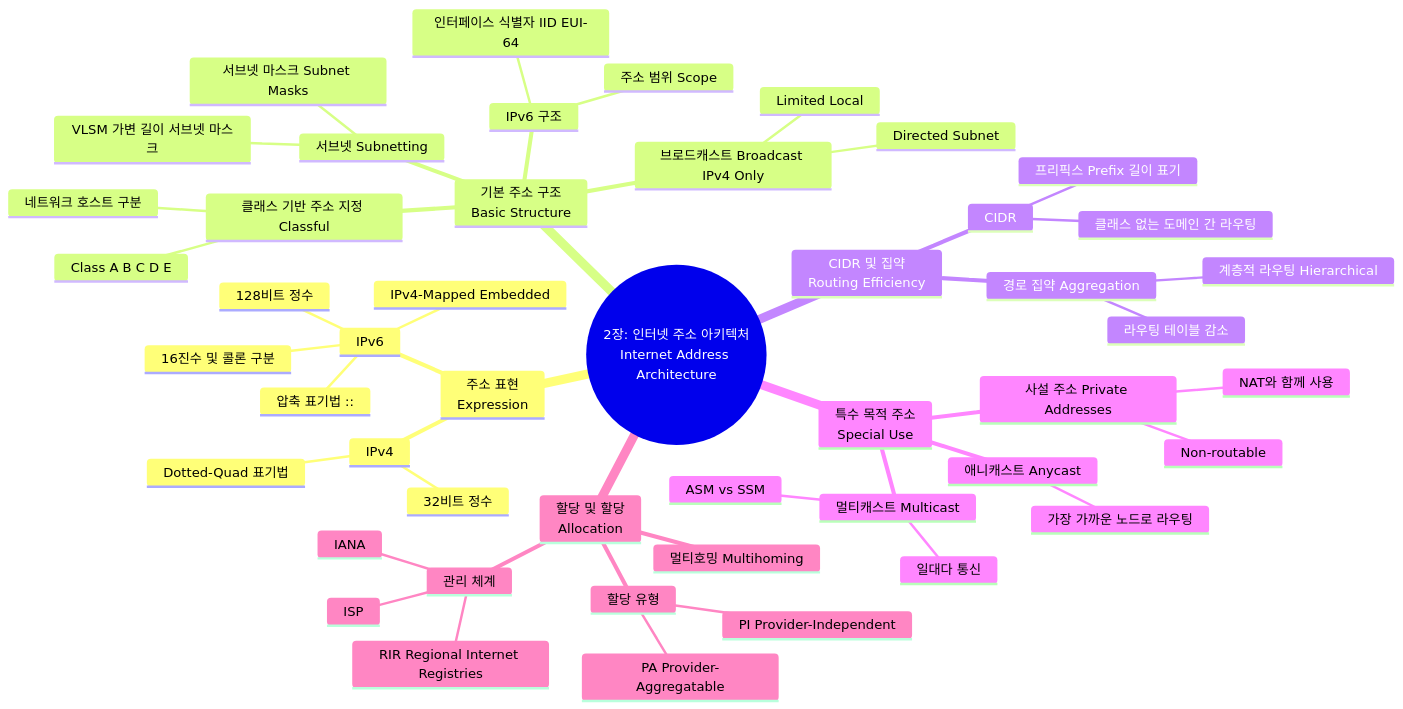
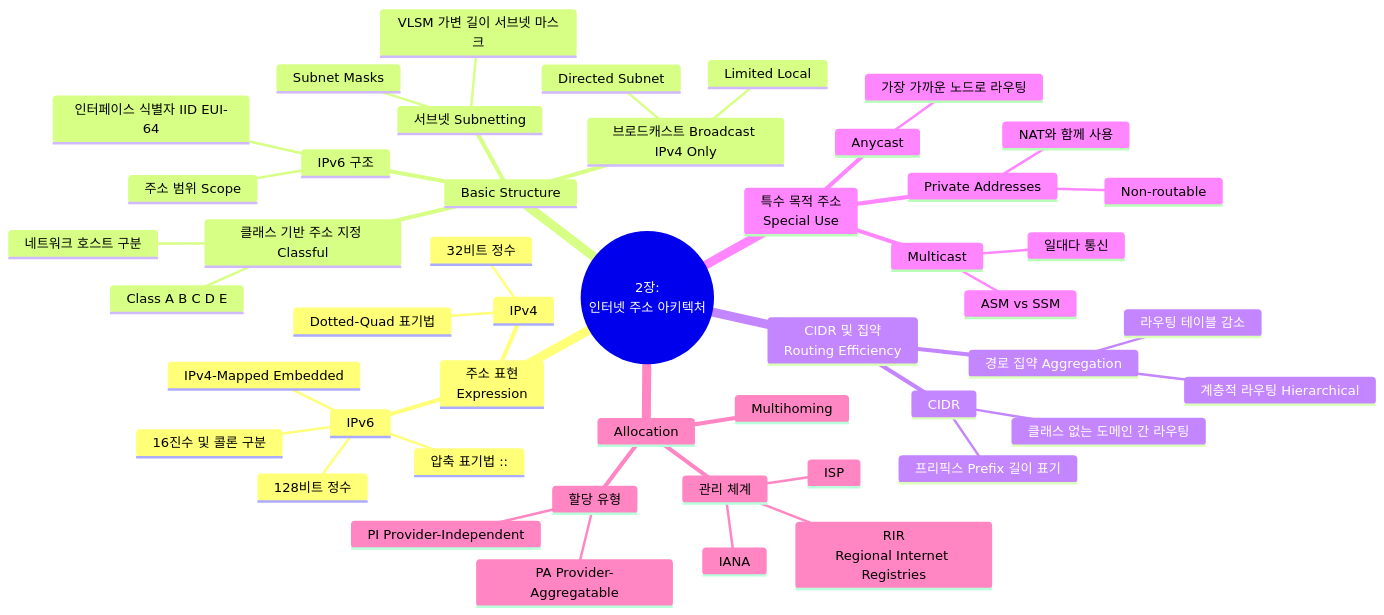
One commit to youngmin-gwon/what-i-studied changed the diagram in 01_inbox/books/tcp_ip_illustrated_1/chapter2.md. Above: the diagram before and after it, drawn with Mermaid. The commit also changed other lines of this file and 3 other files, not shown here.

````diff
--- a/01_inbox/books/tcp_ip_illustrated_1/chapter2.md
+++ b/01_inbox/books/tcp_ip_illustrated_1/chapter2.md
@@ -16,51 +16,51 @@
 ```mermaid
 mindmap
-  root((2장: 인터넷 주소 아키텍처<br>Internet Address Architecture))
+  root((2장:<br>인터넷 주소 아키텍처))
     주소 표현<br>Expression
       IPv4
         32비트 정수
         Dotted-Quad 표기법
       IPv6
         128비트 정수
         16진수 및 콜론 구분
         압축 표기법 ::
         IPv4-Mapped Embedded
-    기본 주소 구조<br>Basic Structure
+    Basic Structure
       클래스 기반 주소 지정 Classful
         Class A B C D E
         네트워크 호스트 구분
       서브넷 Subnetting
-        서브넷 마스크 Subnet Masks
+        Subnet Masks
         VLSM 가변 길이 서브넷 마스크
       브로드캐스트 Broadcast IPv4 Only
         Directed Subnet
         Limited Local
       IPv6 구조
         인터페이스 식별자 IID EUI-64
         주소 범위 Scope
     CIDR 및 집약<br>Routing Efficiency
       CIDR
         클래스 없는 도메인 간 라우팅
         프리픽스 Prefix 길이 표기
       경로 집약 Aggregation
         라우팅 테이블 감소
         계층적 라우팅 Hierarchical
     특수 목적 주소<br>Special Use
-      사설 주소 Private Addresses
+      Private Addresses
         Non-routable
         NAT와 함께 사용
-      멀티캐스트 Multicast
+      Multicast
         일대다 통신
         ASM vs SSM
-      애니캐스트 Anycast
+      Anycast
         가장 가까운 노드로 라우팅
-    할당 및 할당<br>Allocation
+    Allocation
       관리 체계
         IANA
-        RIR Regional Internet Registries
+        RIR<br>Regional Internet Registries
         ISP
       할당 유형
         PA Provider-Aggregatable
         PI Provider-Independent
-      멀티호밍 Multihoming
+      Multihoming
 ```
````
